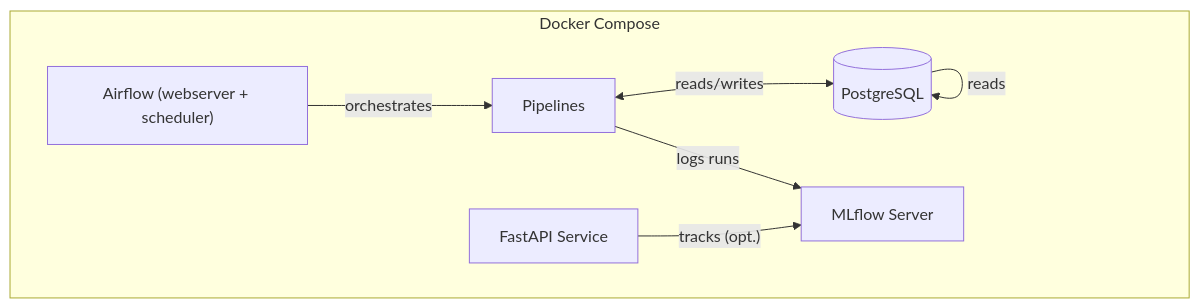
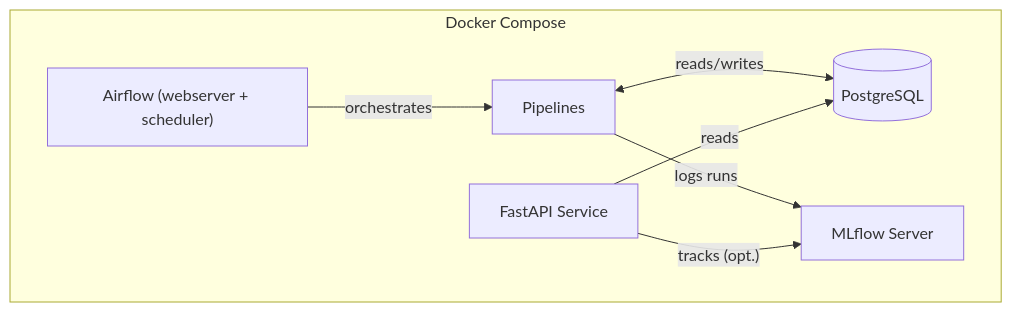
The diagram in README.md (lopezrbn/news-topics-ner), drawn with Mermaid before and after one commit.

Commit message:
Fix flow direction in mermaid diagram in README.md for accurate API and database interaction

````diff
--- a/README.md
+++ b/README.md
@@ -17,18 +17,18 @@
 ```mermaid
 flowchart TB
   subgraph "Docker Compose"
     direction LR
     AF["Airflow (webserver + scheduler)"]
     P["Pipelines"]
     API["FastAPI Service"]
     DB[(PostgreSQL)]
     MLF["MLflow Server"]
 
     AF -->|"orchestrates"| P
     P <-->|"reads/writes"| DB
     P -->|"logs runs"| MLF
-    DB -->|"reads"| DB
+    API -->|"reads"| DB
     API -->|"tracks (opt.)"| MLF
   end
 
 ```
````
